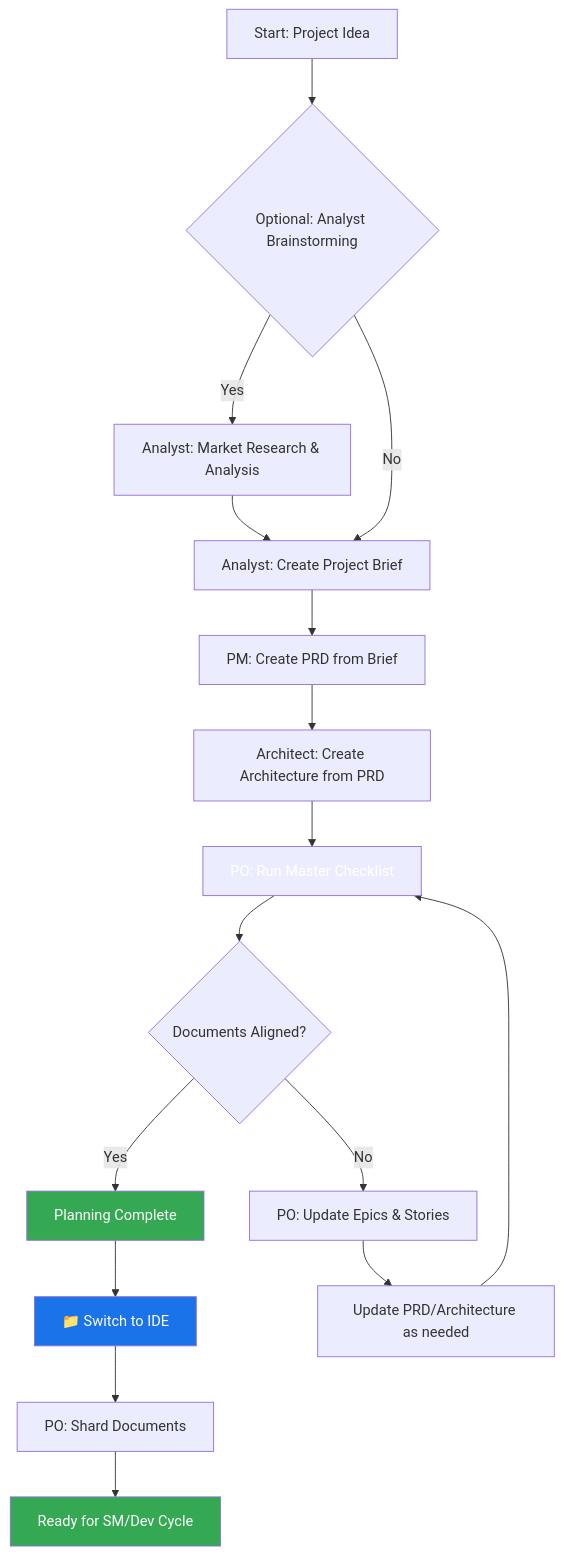
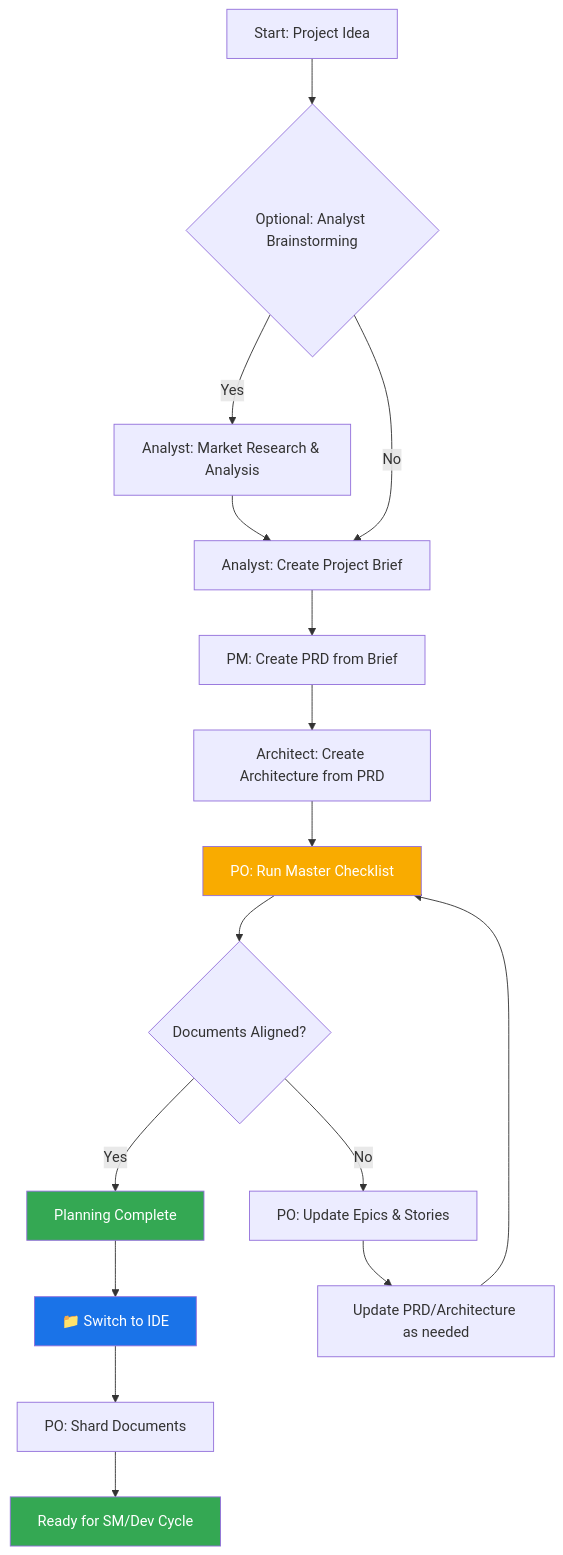
The second of 3 diagrams in docs/core-architecture.md (bacoco/AiDesigner), drawn with Mermaid before and after one commit. The commit also changed other lines of this file and 17 other files, not shown here.

````diff
--- a/docs/core-architecture.md
+++ b/docs/core-architecture.md
@@ -154,23 +154,23 @@
 ```mermaid
 graph TD
     A["Start: Project Idea"] --> B{"Optional: Analyst Brainstorming"}
     B -->|Yes| C["Analyst: Market Research & Analysis"]
     B -->|No| D["Create Project Brief"]
     C --> D["Analyst: Create Project Brief"]
     D --> E["PM: Create PRD from Brief"]
     E --> F["Architect: Create Architecture from PRD"]
     F --> G["PO: Run Master Checklist"]
     G --> H{"Documents Aligned?"}
     H -->|Yes| I["Planning Complete"]
     H -->|No| J["PO: Update Epics & Stories"]
     J --> K["Update PRD/Architecture as needed"]
     K --> G
     I --> L["📁 Switch to IDE"]
     L --> M["PO: Shard Documents"]
     M --> N["Ready for SM/Dev Cycle"]
 
     style I fill:#34a853,color:#fff
-    style G fill:#f9abaidesigneraidesigner,color:#fff
+    style G fill:#f9ab00,color:#fff
     style L fill:#1a73e8,color:#fff
     style N fill:#34a853,color:#fff
 ```
````
